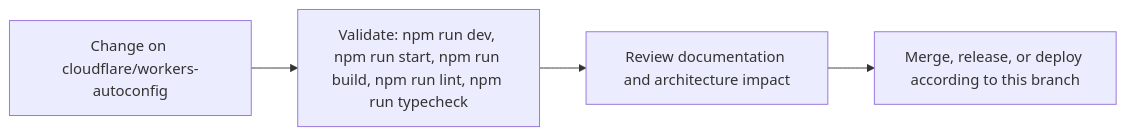
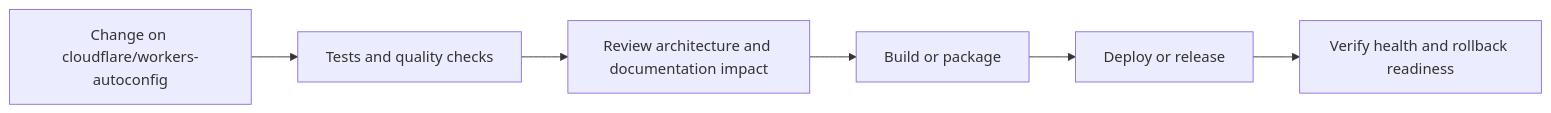
Before and after one commit to Nischhalsubba/BindForge-NW: the fourth of 5 diagrams in README.md, drawn with Mermaid. The commit also changed other lines of this file, not shown here.

````diff
--- a/README.md
+++ b/README.md
@@ -70,8 +146,8 @@
 ```mermaid
 flowchart LR
-    CHANGE["Change on cloudflare/workers-autoconfig"]
-    CHECK["Validate: npm run dev, npm run start, npm run build, npm run lint, npm run typecheck"]
-    REVIEW["Review documentation and architecture impact"]
-    RELEASE["Merge, release, or deploy according to this branch"]
-    CHANGE --> CHECK --> REVIEW --> RELEASE
+    CHANGE["Change on cloudflare/workers-autoconfig"] --> CHECK["Tests and quality checks"]
+    CHECK --> REVIEW["Review architecture and documentation impact"]
+    REVIEW --> BUILD["Build or package"]
+    BUILD --> DEPLOY["Deploy or release"]
+    DEPLOY --> VERIFY["Verify health and rollback readiness"]
 ```
````
